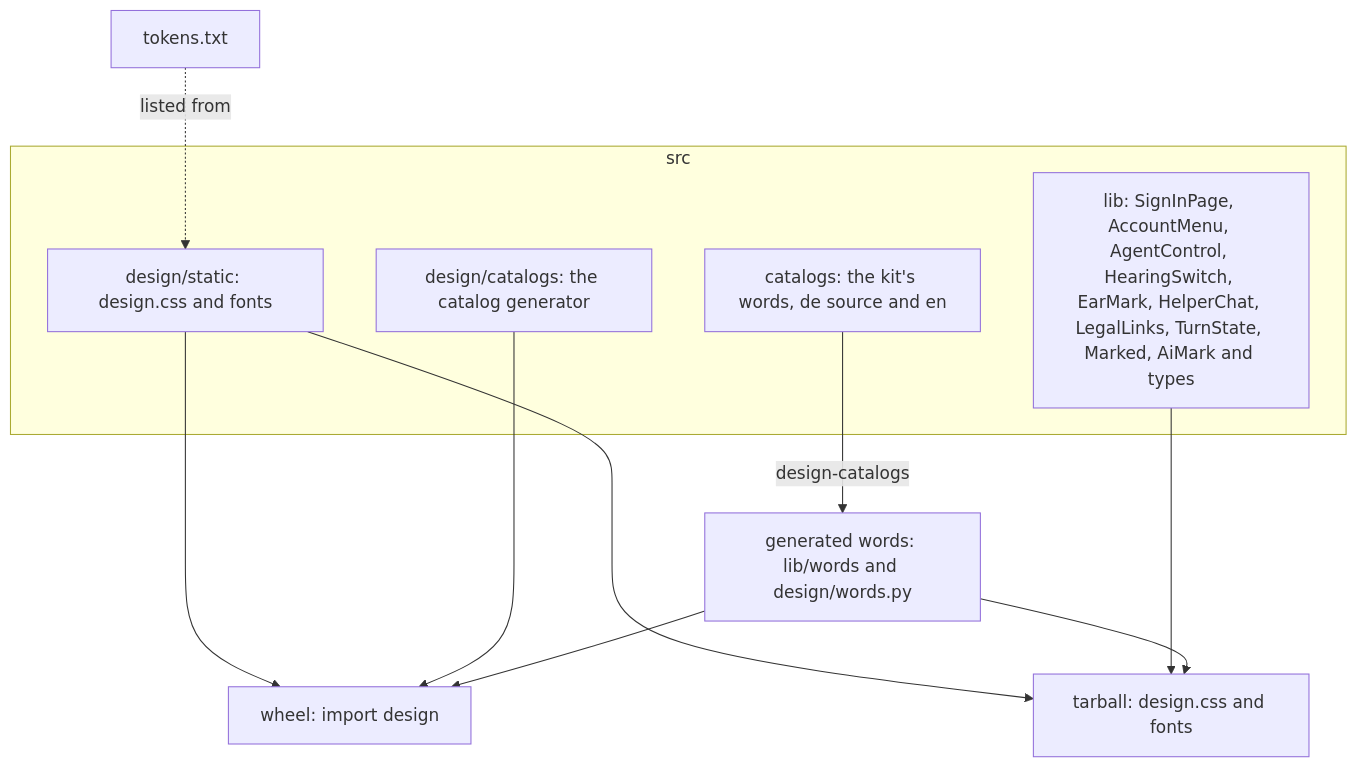
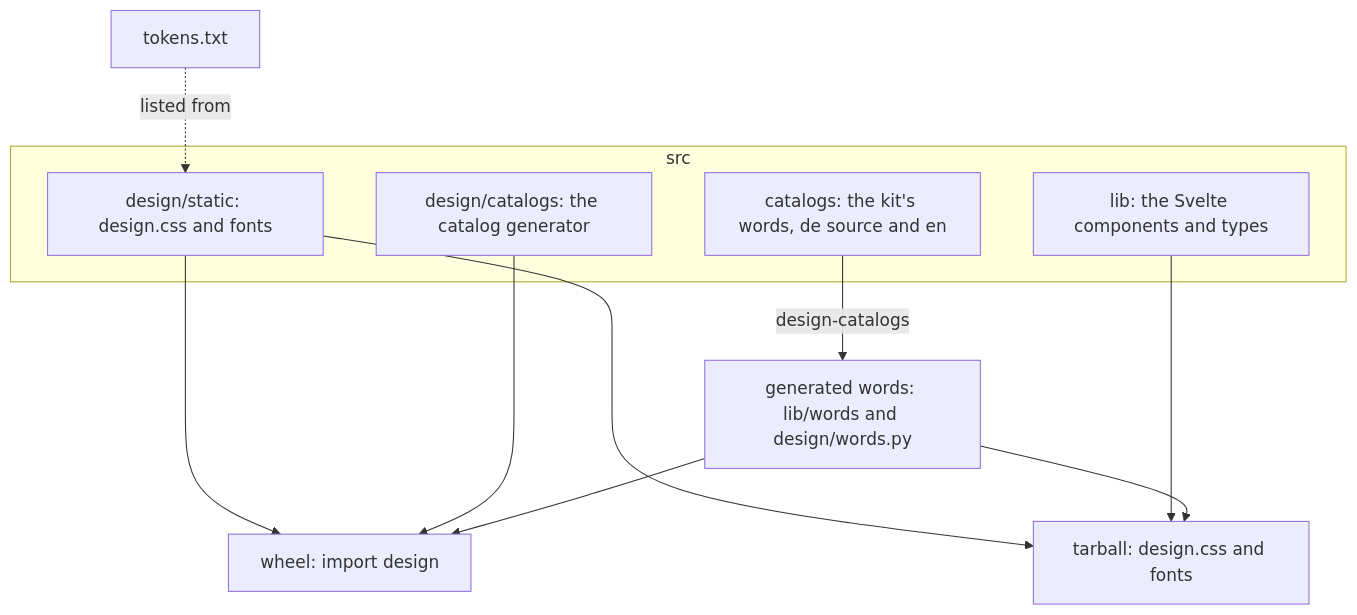
The second of 3 diagrams in docs/ARCHITECTURE.md (overnightworks/design), drawn with Mermaid before and after one commit. The commit also changed other lines of this file and 4 other files, not shown here.

First line of the commit message:
Bring README and ARCHITECTURE within budget, one owner per fact (#273)

````diff
--- a/docs/ARCHITECTURE.md
+++ b/docs/ARCHITECTURE.md
@@ -35,17 +37,17 @@
 ```mermaid
 flowchart TB
   subgraph source[src]
     css[design/static: design.css and fonts]
-    comp[lib: SignInPage, AccountMenu, AgentControl, HearingSwitch, EarMark, HelperChat, LegalLinks, TurnState, Marked, AiMark and types]
+    comp[lib: the Svelte components and types]
     gen[design/catalogs: the catalog generator]
     cat[catalogs: the kit's words, de source and en]
   end
   cat -- design-catalogs --> words[generated words: lib/words and design/words.py]
   css --> wheel[wheel: import design]
   gen --> wheel
   words --> wheel
   css --> tgz[tarball: design.css and fonts]
   comp --> tgz
   words --> tgz
   tokens[tokens.txt] -. listed from .-> css
 ```
````
